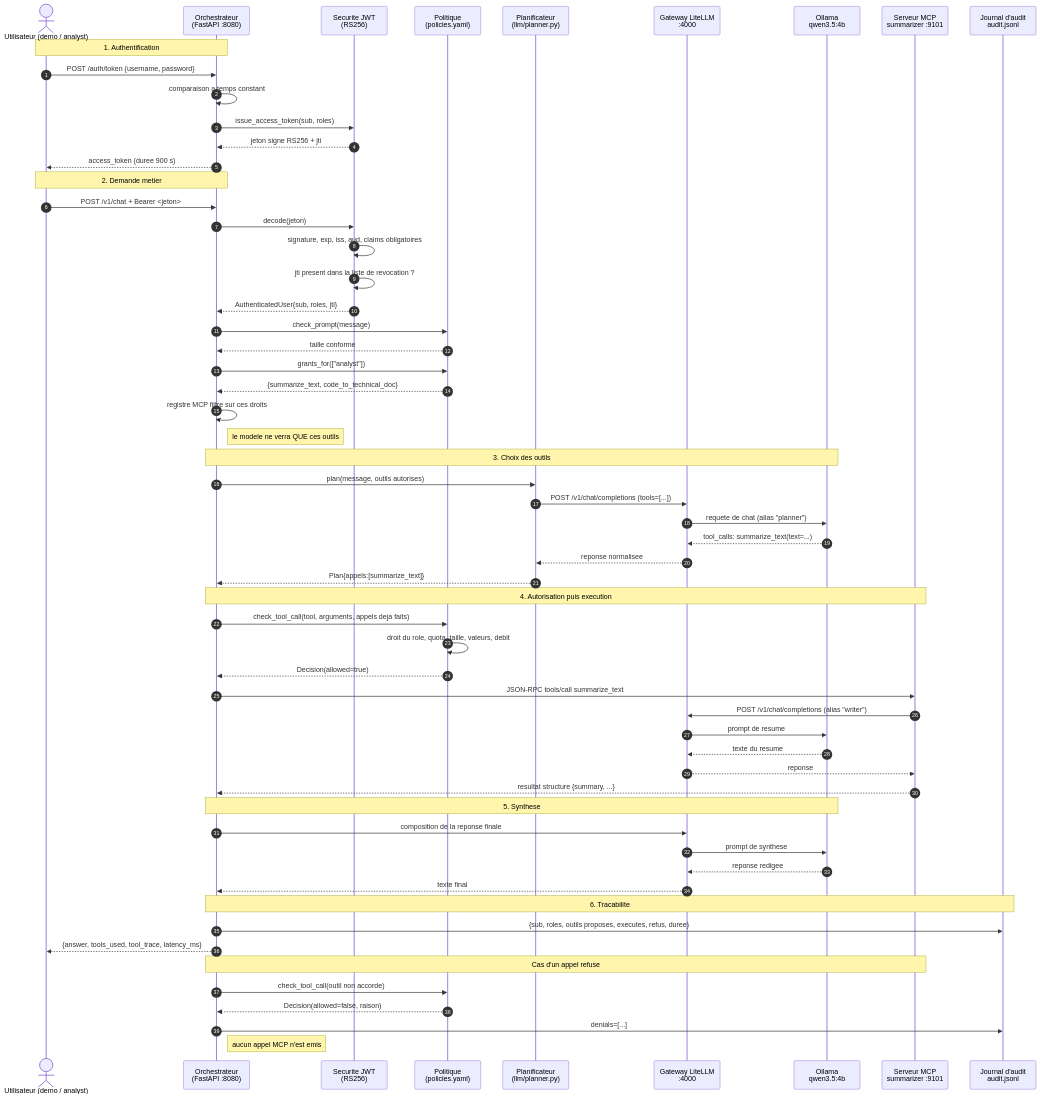
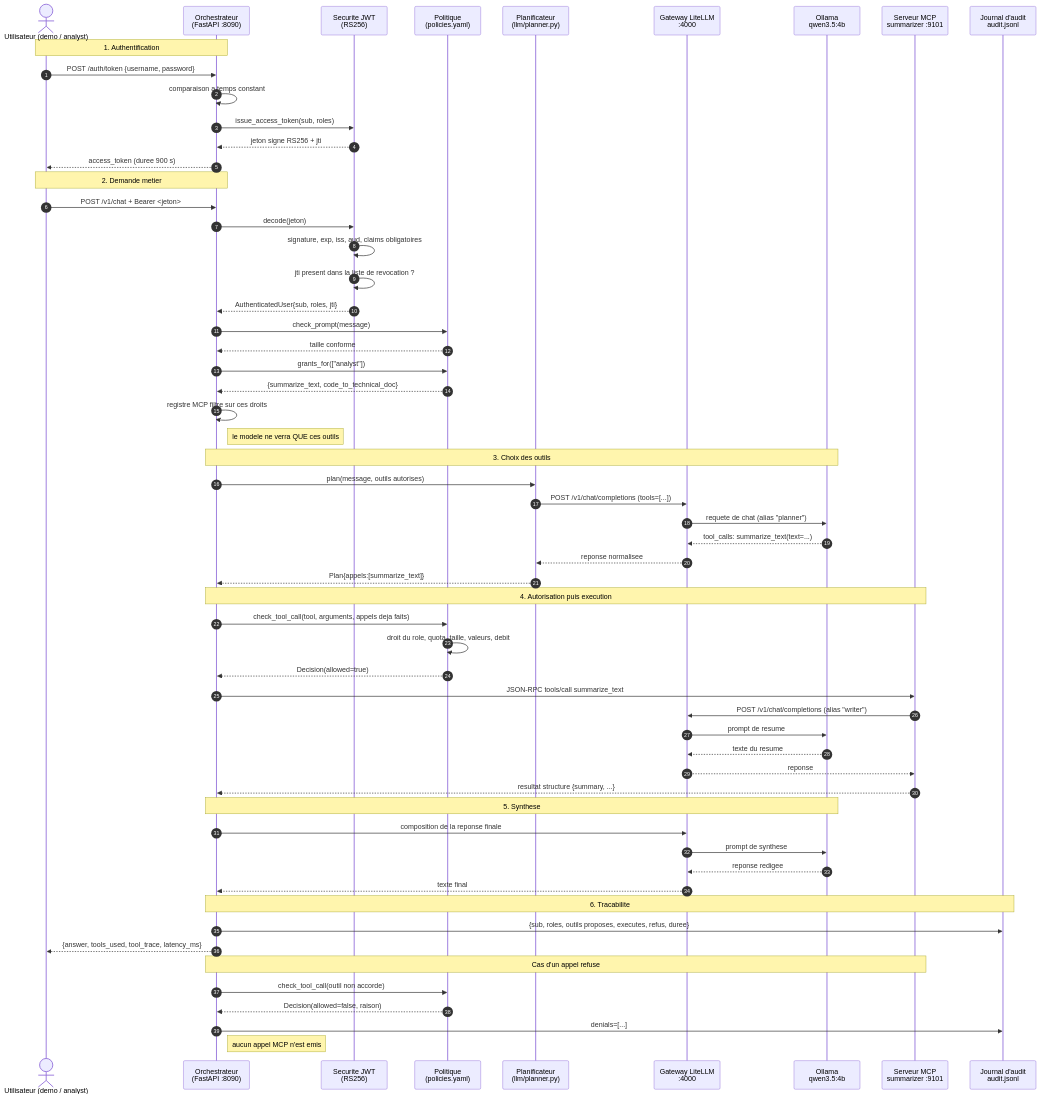
Before and after one commit to maraa081/IA-MCP: the first of 2 diagrams in docs/uml/01-sequence-demande.md, drawn with Mermaid. The commit also changed 16 other files, not shown here.

````diff
--- a/docs/uml/01-sequence-demande.md
+++ b/docs/uml/01-sequence-demande.md
@@ -6,72 +6,72 @@
 ```mermaid
 sequenceDiagram
     autonumber
     actor U as Utilisateur (demo / analyst)
-    participant API as Orchestrateur<br/>(FastAPI :8080)
+    participant API as Orchestrateur<br/>(FastAPI :8090)
     participant JWT as Securite JWT<br/>(RS256)
     participant GPO as Politique<br/>(policies.yaml)
     participant PLAN as Planificateur<br/>(llm/planner.py)
     participant GW as Gateway LiteLLM<br/>:4000
     participant LLM as Ollama<br/>qwen3.5:4b
     participant MCP as Serveur MCP<br/>summarizer :9101
     participant AUD as Journal d'audit<br/>audit.jsonl
 
     Note over U,API: 1. Authentification
     U->>API: POST /auth/token {username, password}
     API->>API: comparaison a temps constant
     API->>JWT: issue_access_token(sub, roles)
     JWT-->>API: jeton signe RS256 + jti
     API-->>U: access_token (duree 900 s)
 
     Note over U,API: 2. Demande metier
     U->>API: POST /v1/chat + Bearer <jeton>
     API->>JWT: decode(jeton)
     JWT->>JWT: signature, exp, iss, aud, claims obligatoires
     JWT->>JWT: jti present dans la liste de revocation ?
     JWT-->>API: AuthenticatedUser{sub, roles, jti}
 
     API->>GPO: check_prompt(message)
     GPO-->>API: taille conforme
 
     API->>GPO: grants_for(["analyst"])
     GPO-->>API: {summarize_text, code_to_technical_doc}
 
     API->>API: registre MCP filtre sur ces droits
     Note right of API: le modele ne verra QUE ces outils
 
     Note over API,LLM: 3. Choix des outils
     API->>PLAN: plan(message, outils autorises)
     PLAN->>GW: POST /v1/chat/completions (tools=[...])
     GW->>LLM: requete de chat (alias "planner")
     LLM-->>GW: tool_calls: summarize_text(text=...)
     GW-->>PLAN: reponse normalisee
     PLAN-->>API: Plan{appels:[summarize_text]}
 
     Note over API,MCP: 4. Autorisation puis execution
     API->>GPO: check_tool_call(tool, arguments, appels deja faits)
     GPO->>GPO: droit du role, quota, taille, valeurs, debit
     GPO-->>API: Decision(allowed=true)
 
     API->>MCP: JSON-RPC tools/call summarize_text
     MCP->>GW: POST /v1/chat/completions (alias "writer")
     GW->>LLM: prompt de resume
     LLM-->>GW: texte du resume
     GW-->>MCP: reponse
     MCP-->>API: resultat structure {summary, ...}
 
     Note over API,LLM: 5. Synthese
     API->>GW: composition de la reponse finale
     GW->>LLM: prompt de synthese
     LLM-->>GW: reponse redigee
     GW-->>API: texte final
 
     Note over API,AUD: 6. Tracabilite
     API->>AUD: {sub, roles, outils proposes, executes, refus, duree}
     API-->>U: {answer, tools_used, tool_trace, latency_ms}
 
     Note over API,MCP: Cas d'un appel refuse
     API->>GPO: check_tool_call(outil non accorde)
     GPO-->>API: Decision(allowed=false, raison)
     API->>AUD: denials=[...]
     Note right of API: aucun appel MCP n'est emis
 ```
````
